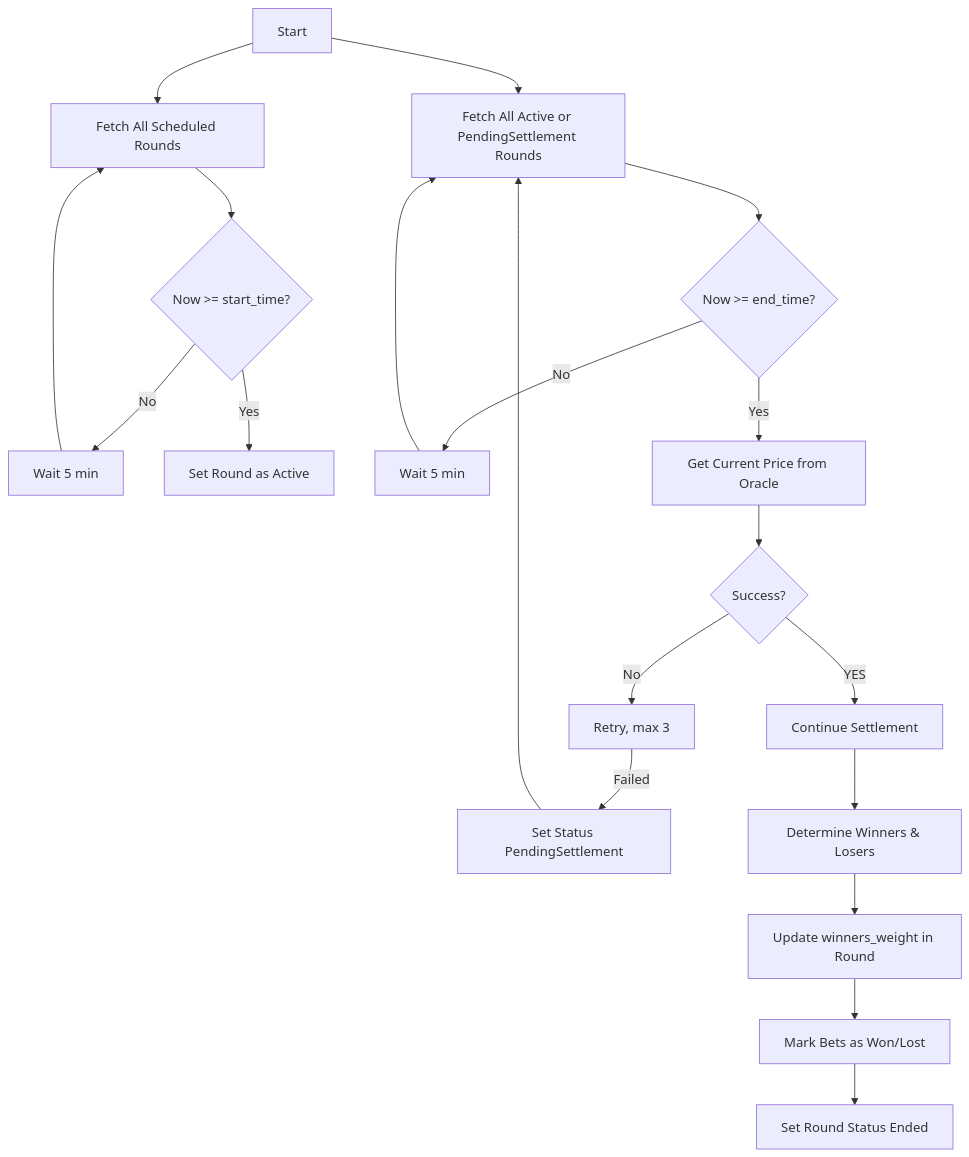
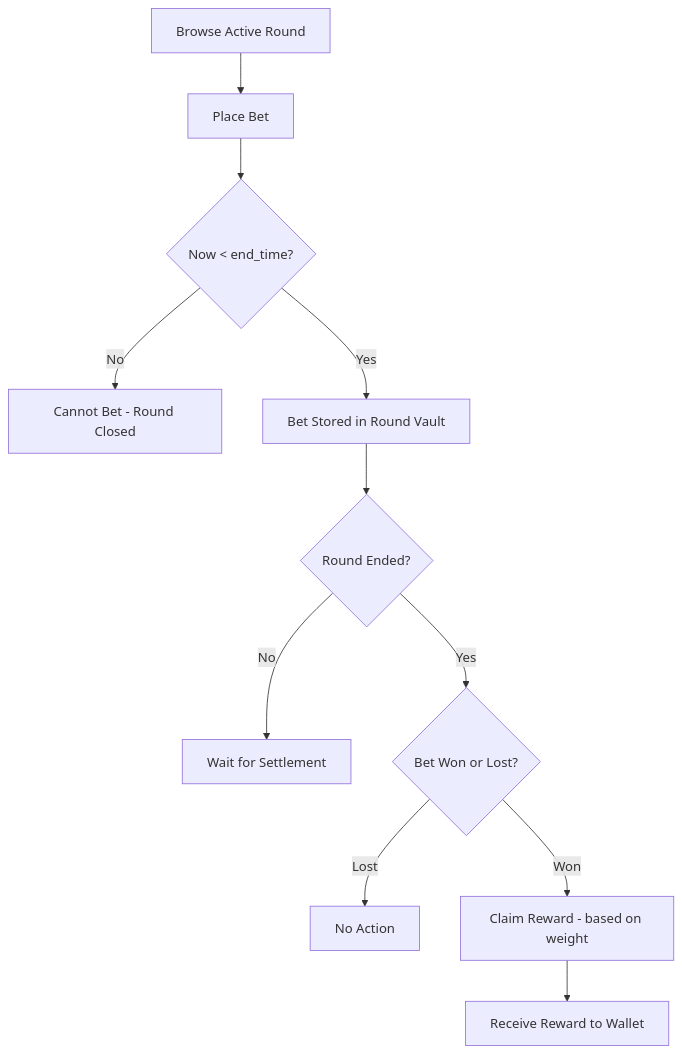
Before and after one commit to muhammad-akbrrr/gold-rush-smartcontract: the sixth of 7 diagrams in README.md, drawn with Mermaid. The commit also changed other lines of this file, not shown here.

Commit message:
feat(readme): reward calculation

````diff
--- a/README.md
+++ b/README.md
@@ -277,23 +275,16 @@
 ```mermaid
 flowchart TD
-    A[Start] --> B[Fetch All Scheduled Rounds]
-    B --> C{Now >= start_time?}
-    C -- No --> B1[Wait 5 min] --> B
-    C -- Yes --> D[Set Round as Active]
+    A[Browse Active Round] --> B[Place Bet]
+    B --> C{Now < end_time?}
+    C -- No --> D[Cannot Bet - Round Closed]
+    C -- Yes --> E[Bet Stored in Round Vault]
 
-    %% Settlement path
-    A --> E[Fetch All Active or PendingSettlement Rounds]
-    E --> F{Now >= end_time?}
-    F -- No --> E1[Wait 5 min] --> E
-    F -- Yes --> G[Get Current Price from Oracle]
+    E --> F{Round Ended?}
+    F -- No --> G[Wait for Settlement]
+    F -- Yes --> H{Bet Won or Lost?}
 
-    G --> H{Success?}
-    H -- No --> I[Retry, max 3]
-    I -->|Failed| J[Set Status PendingSettlement] --> E
-    H -- YES --> K[Continue Settlement]
+    H -- Lost --> I[No Action]
+    H -- Won --> J[Claim Reward - based on weight]
+    J --> K[Receive Reward to Wallet]
 
-    K --> L[Determine Winners & Losers]
-    L --> M[Update winners_weight in Round]
-    M --> N[Mark Bets as Won/Lost]
-    N --> O[Set Round Status Ended]
 ```
````
